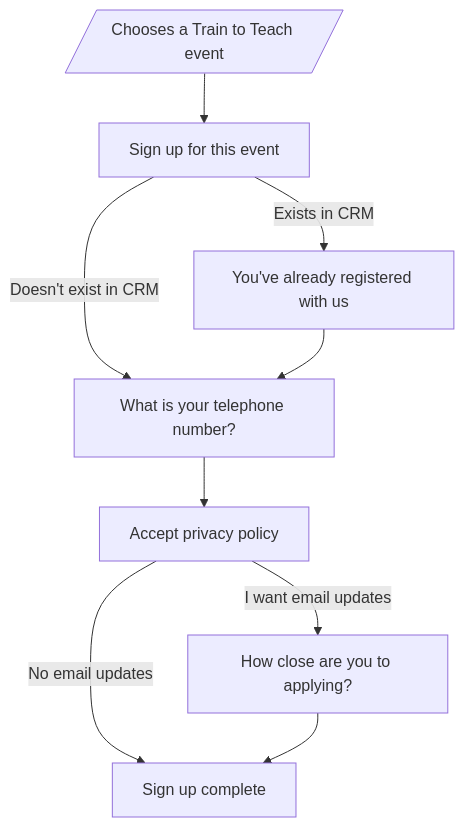
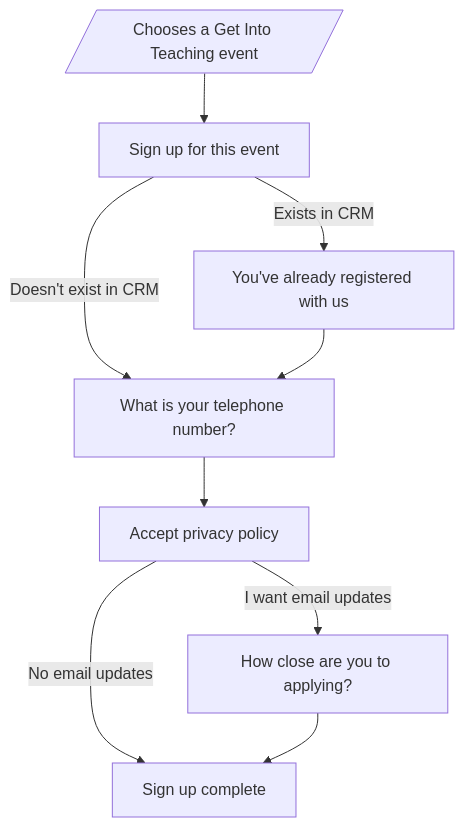
One commit to DFE-Digital/get-into-teaching-app changed the diagram in docs/event-flow.md. Above: the diagram before and after it, drawn with Mermaid. The commit also changed 38 other files, not shown here.

Commit message:
replacing train to teach with get into teaching events

````diff
--- a/docs/event-flow.md
+++ b/docs/event-flow.md
@@ -3,14 +3,14 @@
 ```mermaid
 graph TD;
-  chooses_event[/Chooses a Train to Teach event/] --> sign_up_for_this_event
+  chooses_event[/Chooses a Get Into Teaching event/] --> sign_up_for_this_event
   sign_up_for_this_event[Sign up for this event] -- Doesn't exist in CRM --> telephone_number[What is your telephone number?] --> accept_privacy_policy[Accept privacy policy]
 
   sign_up_for_this_event -- Exists in CRM --> already_registered[You've already registered with us]
   already_registered --> telephone_number
 
   accept_privacy_policy -- I want email updates --> how_close_are_you_to_applying[How close are you to applying?]
   accept_privacy_policy -- No email updates --> complete[Sign up complete]
 
   how_close_are_you_to_applying --> complete
 
 ```
````
